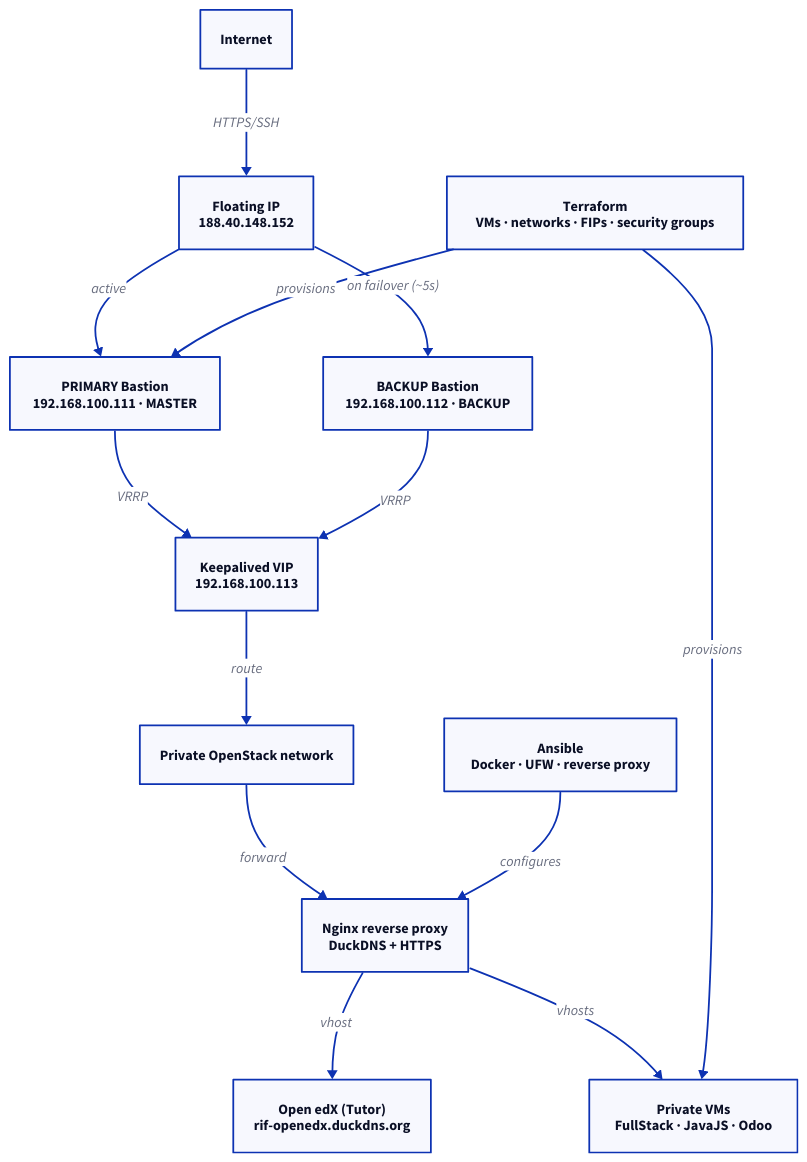
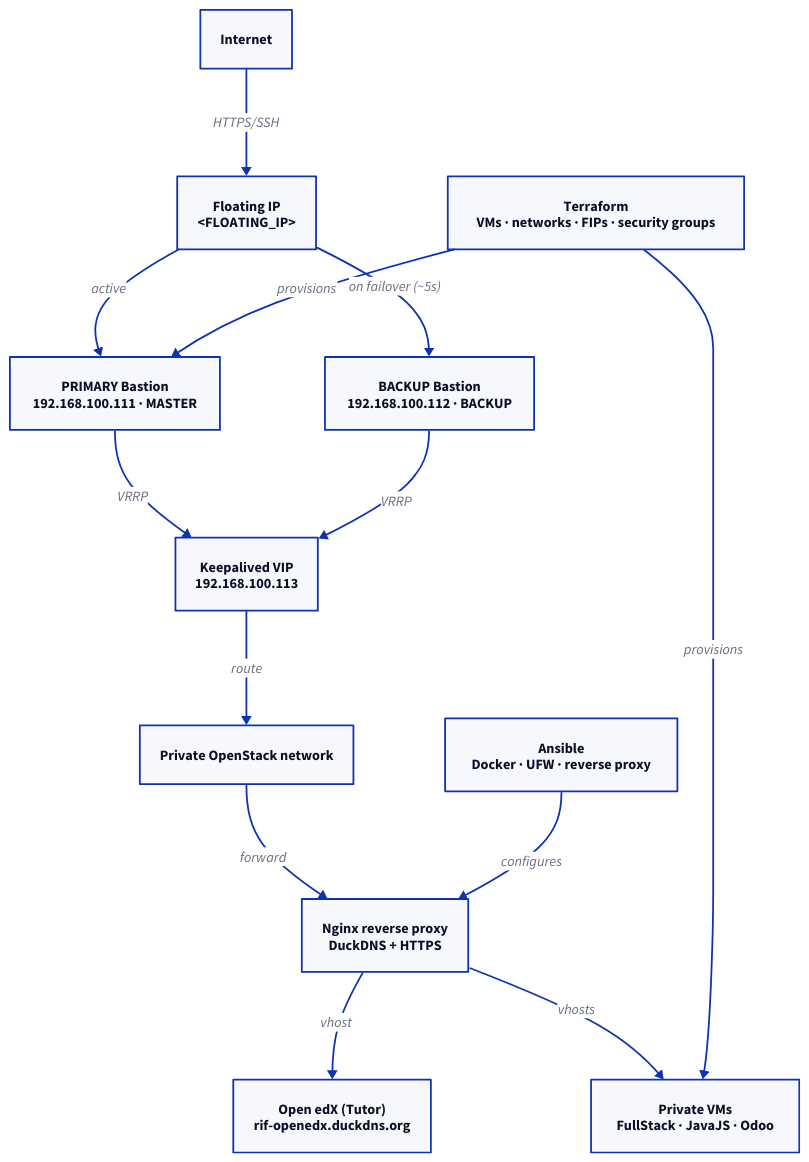
Before and after one commit to adriansalvadorekomo/Stage_ete_RIF_Automatisation: the first of 2 diagrams in README.md, drawn with D2. The commit also changed other lines of this file and 13 other files, not shown here.

````diff
--- a/README.md
+++ b/README.md
@@ -48,28 +48,28 @@
 ```d2
 direction: down
 
 internet: "Internet"
-fip: "Floating IP\n188.40.148.152"
+fip: "Floating IP\n<FLOATING_IP>"
 primary: "PRIMARY Bastion\n192.168.100.111 · MASTER"
 backup: "BACKUP Bastion\n192.168.100.112 · BACKUP"
 vip: "Keepalived VIP\n192.168.100.113"
 privnet: "Private OpenStack network"
 proxy: "Nginx reverse proxy\nDuckDNS + HTTPS"
 openedx: "Open edX (Tutor)\nrif-openedx.duckdns.org"
 apps: "Private VMs\nFullStack · JavaJS · Odoo"
 terraform: "Terraform\nVMs · networks · FIPs · security groups"
 ansible: "Ansible\nDocker · UFW · reverse proxy"
 
 internet -> fip: HTTPS/SSH
 fip -> primary: active
 fip -> backup: on failover (~5s)
 primary -> vip: VRRP
 backup -> vip: VRRP
 vip -> privnet: route
 privnet -> proxy: forward
 proxy -> openedx: vhost
 proxy -> apps: vhosts
 terraform -> primary: provisions
 terraform -> apps: provisions
 ansible -> proxy: configures
 ```
````
